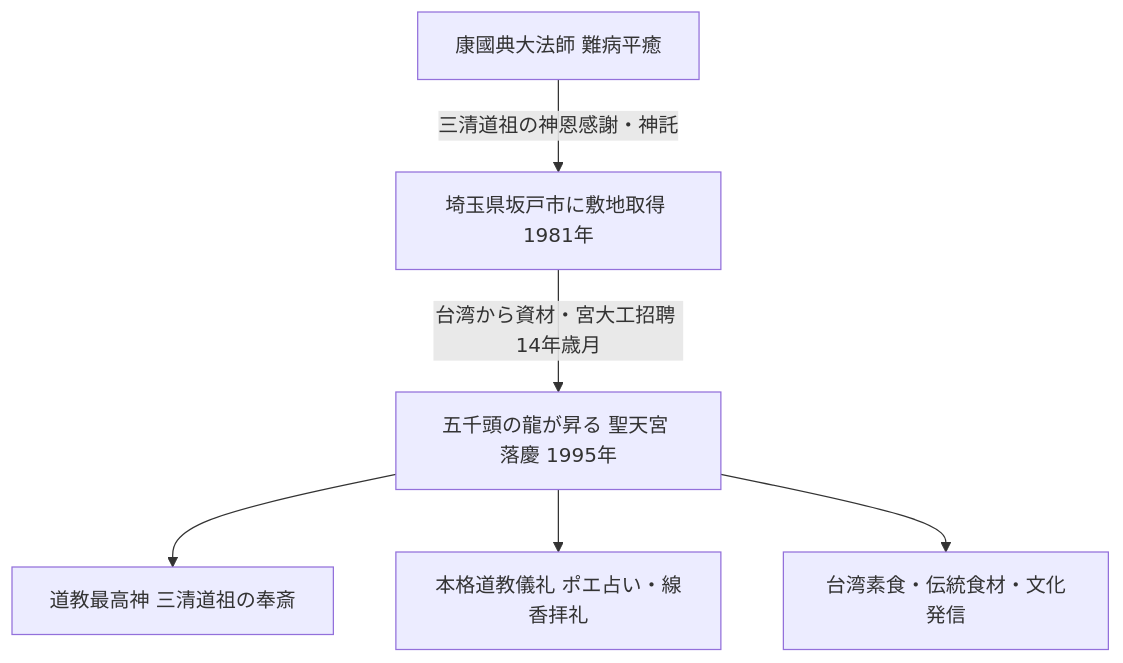
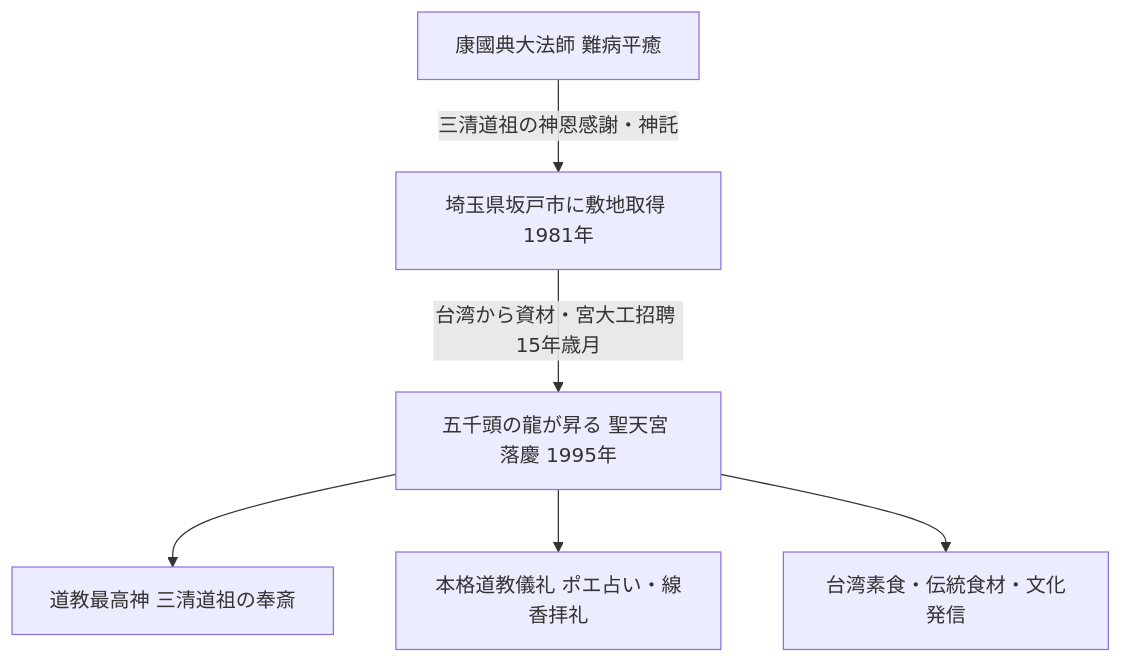
One commit to iida-masashi/religion-garden changed the diagram in content/01_宗派・異端研究/19_道教系/五千頭の龍が昇る聖天宮.md. Above: the diagram before and after it, drawn with Mermaid. The commit also changed other lines of this file and 191 other files, not shown here.

````diff
--- a/content/01_宗派・異端研究/19_道教系/五千頭の龍が昇る聖天宮.md
+++ b/content/01_宗派・異端研究/19_道教系/五千頭の龍が昇る聖天宮.md
@@ -40,8 +34,8 @@
 ```mermaid
 flowchart TD
     A[康國典大法師 難病平癒] -->|三清道祖の神恩感謝・神託| B[埼玉県坂戸市に敷地取得 1981年]
-    B -->|台湾から資材・宮大工招聘 14年歳月| C[五千頭の龍が昇る 聖天宮 落慶 1995年]
+    B -->|台湾から資材・宮大工招聘 15年歳月| C[五千頭の龍が昇る 聖天宮 落慶 1995年]
     C --> D1[道教最高神 三清道祖の奉斎]
     C --> D2[本格道教儀礼 ポエ占い・線香拝礼]
     C --> D3[台湾素食・伝統食材・文化発信]
 ```
````
